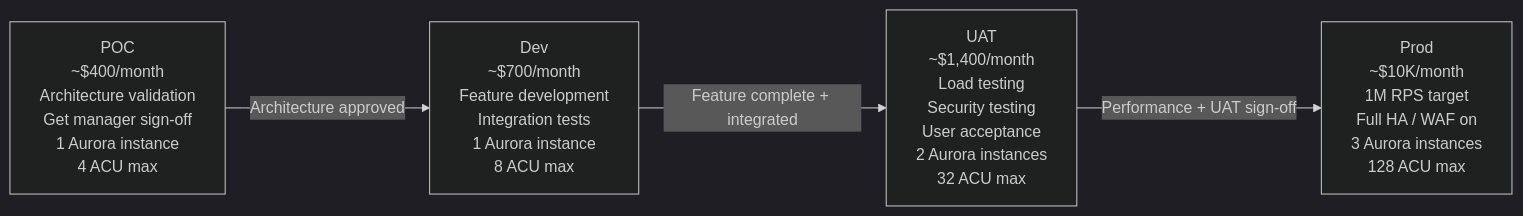
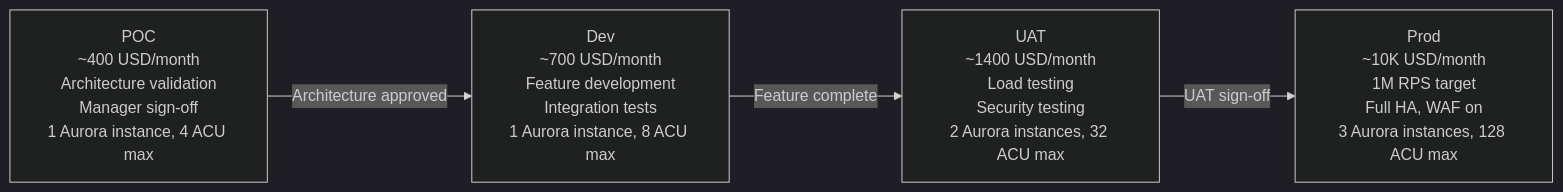
Before and after one commit to arshali471/caltech-infra-project: the sixth of 6 diagrams in ARCHITECTURE.md, drawn with Mermaid (dark theme). The commit also changed other lines of this file, not shown here.

Commit message:
fixed architecture diagram

````diff
--- a/ARCHITECTURE.md
+++ b/ARCHITECTURE.md
@@ -517,11 +522,11 @@
 ```mermaid
 graph LR
-    POC["POC\n~$400/month\nArchitecture validation\nGet manager sign-off\n1 Aurora instance\n4 ACU max"]
-    DEV["Dev\n~$700/month\nFeature development\nIntegration tests\n1 Aurora instance\n8 ACU max"]
-    UAT["UAT\n~$1,400/month\nLoad testing\nSecurity testing\nUser acceptance\n2 Aurora instances\n32 ACU max"]
-    PROD["Prod\n~$10K/month\n1M RPS target\nFull HA / WAF on\n3 Aurora instances\n128 ACU max"]
+    POC["POC<br/>~400 USD/month<br/>Architecture validation<br/>Manager sign-off<br/>1 Aurora instance, 4 ACU max"]
+    DEV["Dev<br/>~700 USD/month<br/>Feature development<br/>Integration tests<br/>1 Aurora instance, 8 ACU max"]
+    UAT["UAT<br/>~1400 USD/month<br/>Load testing<br/>Security testing<br/>2 Aurora instances, 32 ACU max"]
+    PROD["Prod<br/>~10K USD/month<br/>1M RPS target<br/>Full HA, WAF on<br/>3 Aurora instances, 128 ACU max"]
 
-    POC -->|"Architecture approved"| DEV
-    DEV -->|"Feature complete + integrated"| UAT
-    UAT -->|"Performance + UAT sign-off"| PROD
+    POC -->|Architecture approved| DEV
+    DEV -->|Feature complete| UAT
+    UAT -->|UAT sign-off| PROD
 ```
````
